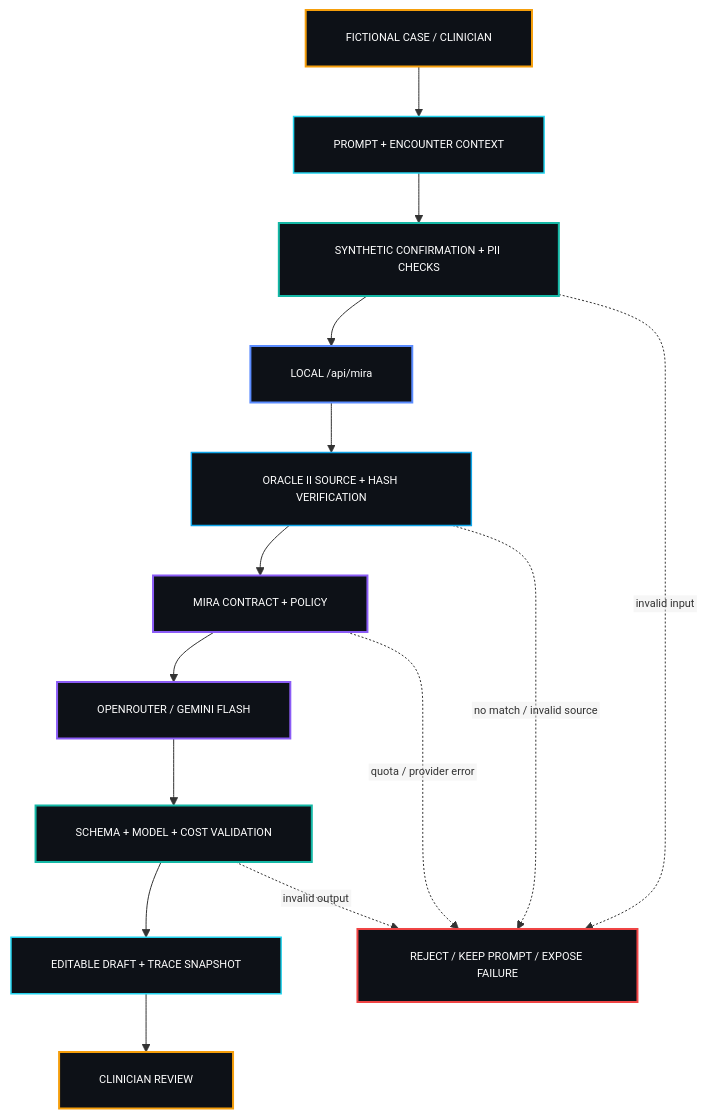
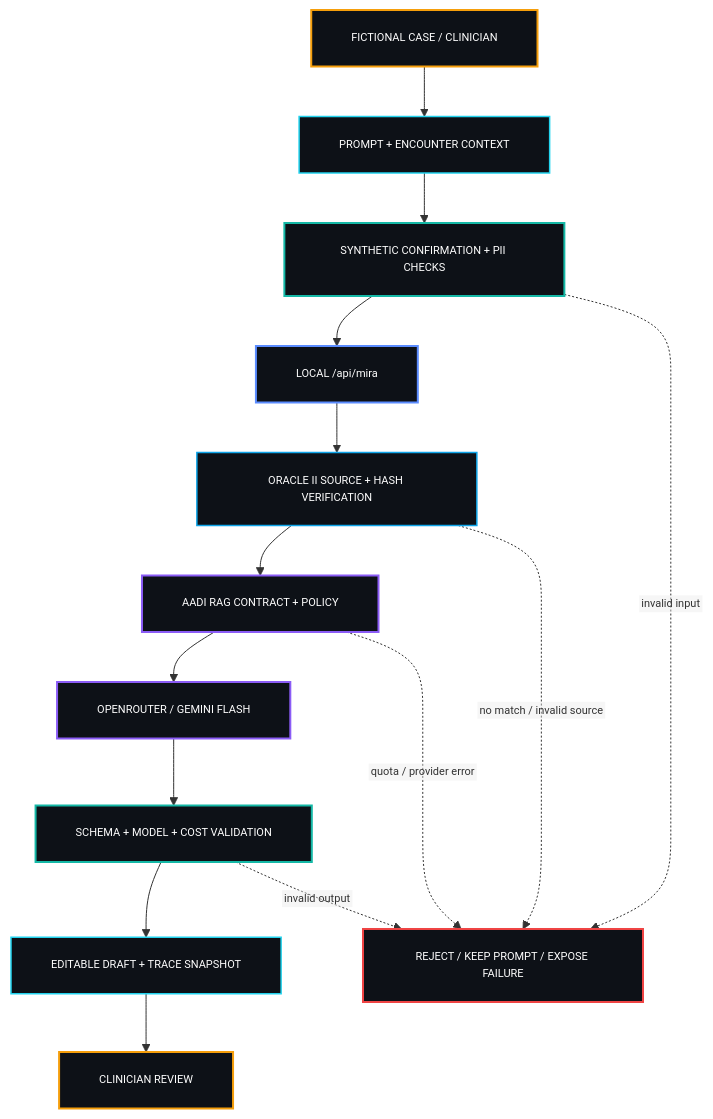
One commit to drferdi/Sentrapedia changed the third of 4 diagrams in README.md. Above: the diagram before and after it, drawn with Mermaid. The commit also changed other lines of this file, not shown here.

Commit message:
docs(sentrapedia): present AADI RAG as clinical reasoning engine

````diff
--- a/README.md
+++ b/README.md
@@ -311,36 +311,36 @@
 ```mermaid
 %%{init: {"flowchart": {"htmlLabels": false, "padding": 20}, "themeVariables": {"fontFamily": "monospace", "fontSize": "11px"}}}%%
 flowchart TB
   HUMAN["FICTIONAL CASE / CLINICIAN"]
   INPUT["PROMPT + ENCOUNTER CONTEXT"]
   GATE["SYNTHETIC CONFIRMATION + PII CHECKS"]
   API["LOCAL /api/mira"]
   SOURCE["ORACLE II SOURCE + HASH VERIFICATION"]
-  ENGINE["MIRA CONTRACT + POLICY"]
+  ENGINE["AADI RAG CONTRACT + POLICY"]
   MODEL["OPENROUTER / GEMINI FLASH"]
   VERIFY["SCHEMA + MODEL + COST VALIDATION"]
   DRAFT["EDITABLE DRAFT + TRACE SNAPSHOT"]
   REVIEW["CLINICIAN REVIEW"]
   STOP["REJECT / KEEP PROMPT / EXPOSE FAILURE"]
 
   HUMAN --> INPUT --> GATE --> API --> SOURCE --> ENGINE --> MODEL --> VERIFY --> DRAFT --> REVIEW
   GATE -. invalid input .-> STOP
   SOURCE -. no match / invalid source .-> STOP
   ENGINE -. quota / provider error .-> STOP
   VERIFY -. invalid output .-> STOP
 
   classDef authority fill:#0D1117,stroke:#F59E0B,color:#FFFFFF,stroke-width:2px;
   classDef surface fill:#0D1117,stroke:#22D3EE,color:#FFFFFF,stroke-width:1.5px;
   classDef core fill:#0D1117,stroke:#5B8CFF,color:#FFFFFF,stroke-width:2px;
   classDef agent fill:#0D1117,stroke:#8B5CF6,color:#FFFFFF,stroke-width:2px;
   classDef control fill:#0D1117,stroke:#14B8A6,color:#FFFFFF,stroke-width:2px;
   classDef data fill:#0D1117,stroke:#0EA5E9,color:#FFFFFF,stroke-width:1.5px;
   classDef danger fill:#0D1117,stroke:#EF4444,color:#FFFFFF,stroke-width:2px;
   class HUMAN,REVIEW authority;
   class INPUT,DRAFT surface;
   class GATE,VERIFY control;
   class API core;
   class SOURCE data;
   class ENGINE,MODEL agent;
   class STOP danger;
 ```
````
